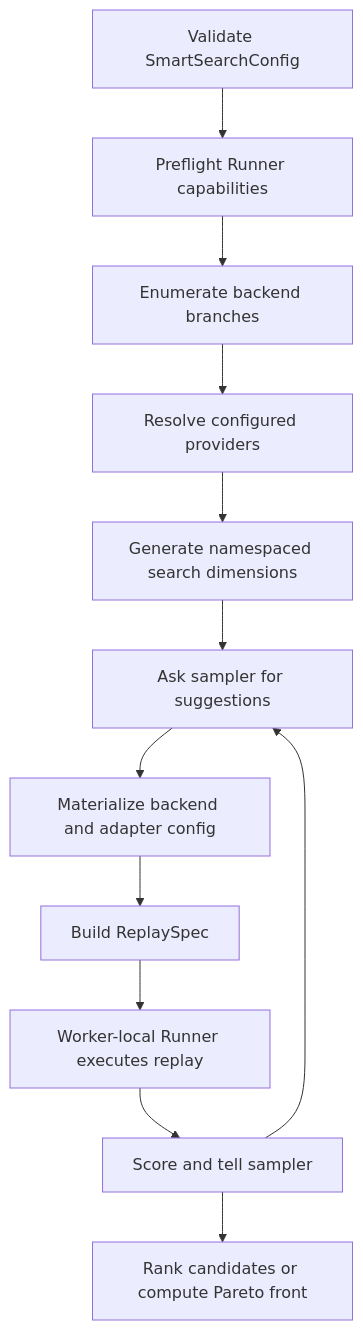
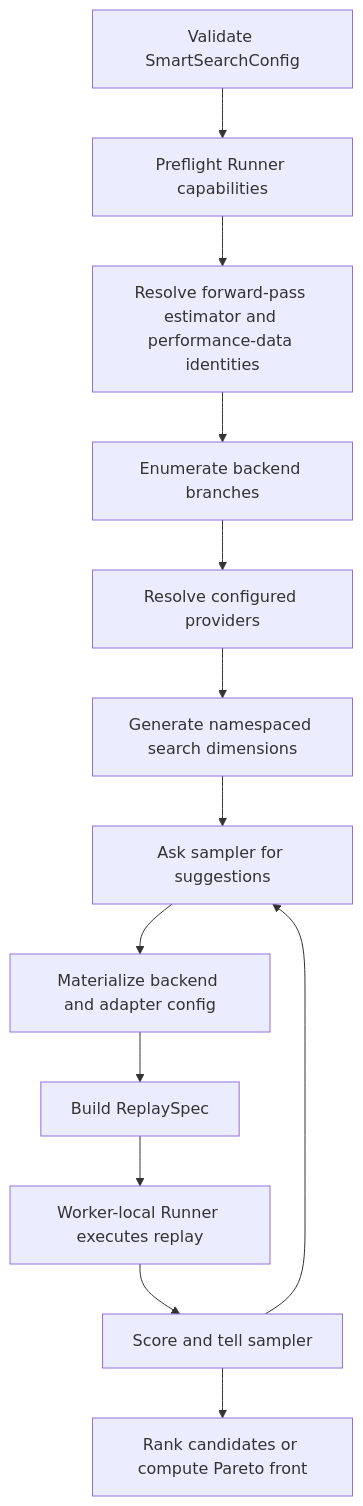
The diagram in docs/sweeper/architecture.md (ai-dynamo/aisimulate), drawn with Mermaid before and after one commit. The commit also changed other lines of this file and 19 other files, not shown here.

Commit message:
feat(sweeper): pin forward-pass estimator inputs [AIC-1770]

````diff
--- a/docs/sweeper/architecture.md
+++ b/docs/sweeper/architecture.md
@@ -26,14 +26,15 @@
 ```mermaid
 flowchart TD
     A["Validate SmartSearchConfig"] --> B["Preflight Runner capabilities"]
-    B --> C["Enumerate backend branches"]
+    B --> R["Resolve forward-pass estimator and performance-data identities"]
+    R --> C["Enumerate backend branches"]
     C --> D["Resolve configured providers"]
     D --> E["Generate namespaced search dimensions"]
     E --> F["Ask sampler for suggestions"]
     F --> G["Materialize backend and adapter config"]
     G --> H["Build ReplaySpec"]
     H --> I["Worker-local Runner executes replay"]
     I --> J["Score and tell sampler"]
     J --> F
     J --> K["Rank candidates or compute Pareto front"]
 ```
````
